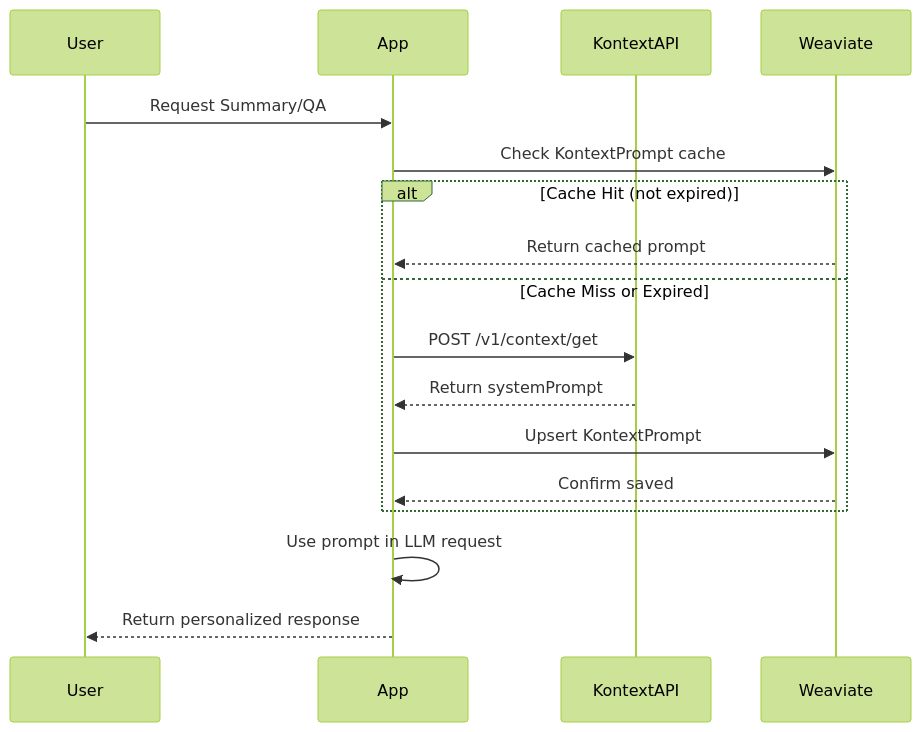
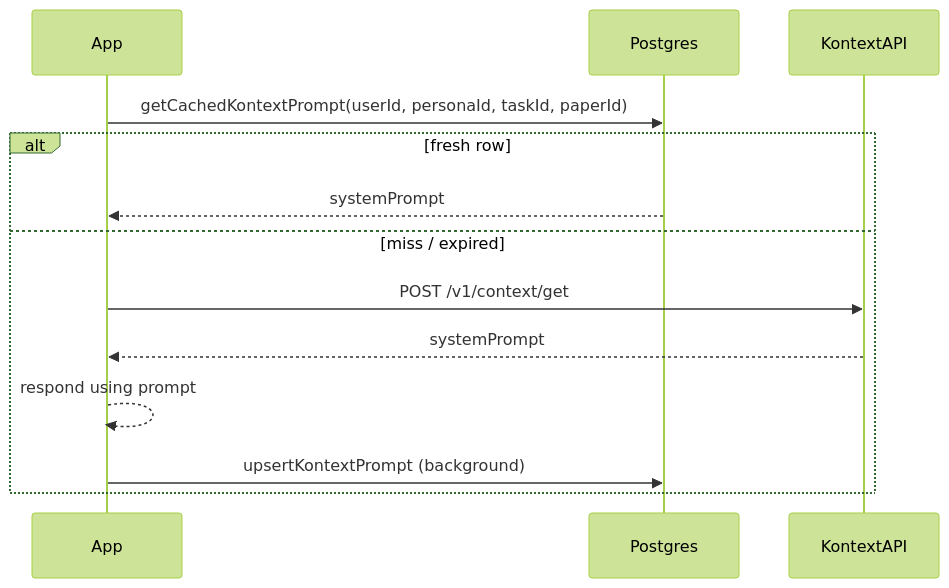
One commit to berdyh/readable changed the fourth of 4 diagrams in docs/database-structure.md. Above: the diagram before and after it, drawn with Mermaid (forest theme). The commit also changed other lines of this file and 7 other files, not shown here.

First line of the commit message:
docs: rewrite for Postgres + Qdrant architecture

````diff
--- a/docs/database-structure.md
+++ b/docs/database-structure.md
@@ -339,20 +261,16 @@
 ```mermaid
 sequenceDiagram
-    participant User
     participant App
+    participant Postgres
     participant KontextAPI
-    participant Weaviate
 
-    User->>App: Request Summary/QA
-    App->>Weaviate: Check KontextPrompt cache
-    alt Cache Hit (not expired)
-        Weaviate-->>App: Return cached prompt
-    else Cache Miss or Expired
+    App->>Postgres: getCachedKontextPrompt(userId, personaId, taskId, paperId)
+    alt fresh row
+        Postgres-->>App: systemPrompt
+    else miss / expired
         App->>KontextAPI: POST /v1/context/get
-        KontextAPI-->>App: Return systemPrompt
-        App->>Weaviate: Upsert KontextPrompt
-        Weaviate-->>App: Confirm saved
+        KontextAPI-->>App: systemPrompt
+        App-->>App: respond using prompt
+        App->>Postgres: upsertKontextPrompt (background)
     end
-    App->>App: Use prompt in LLM request
-    App-->>User: Return personalized response
 ```
````
